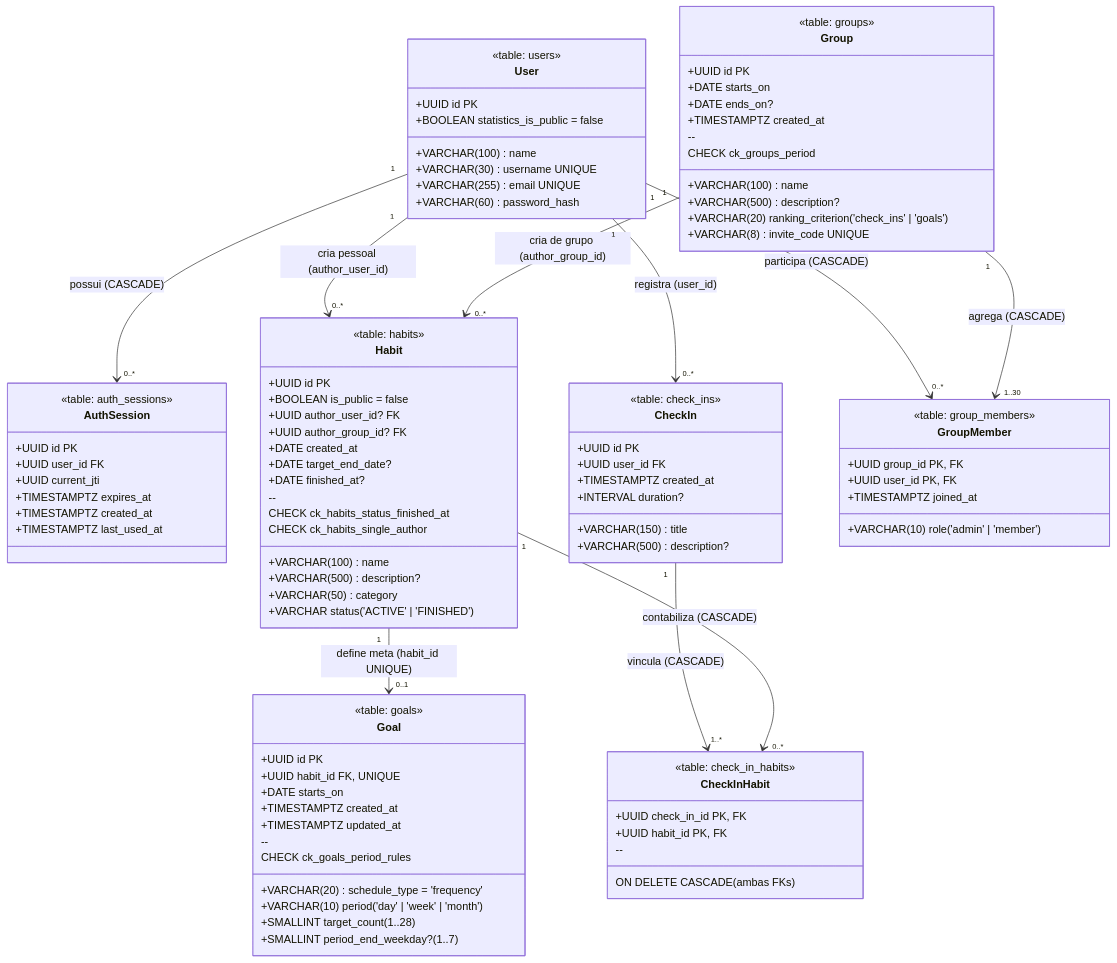
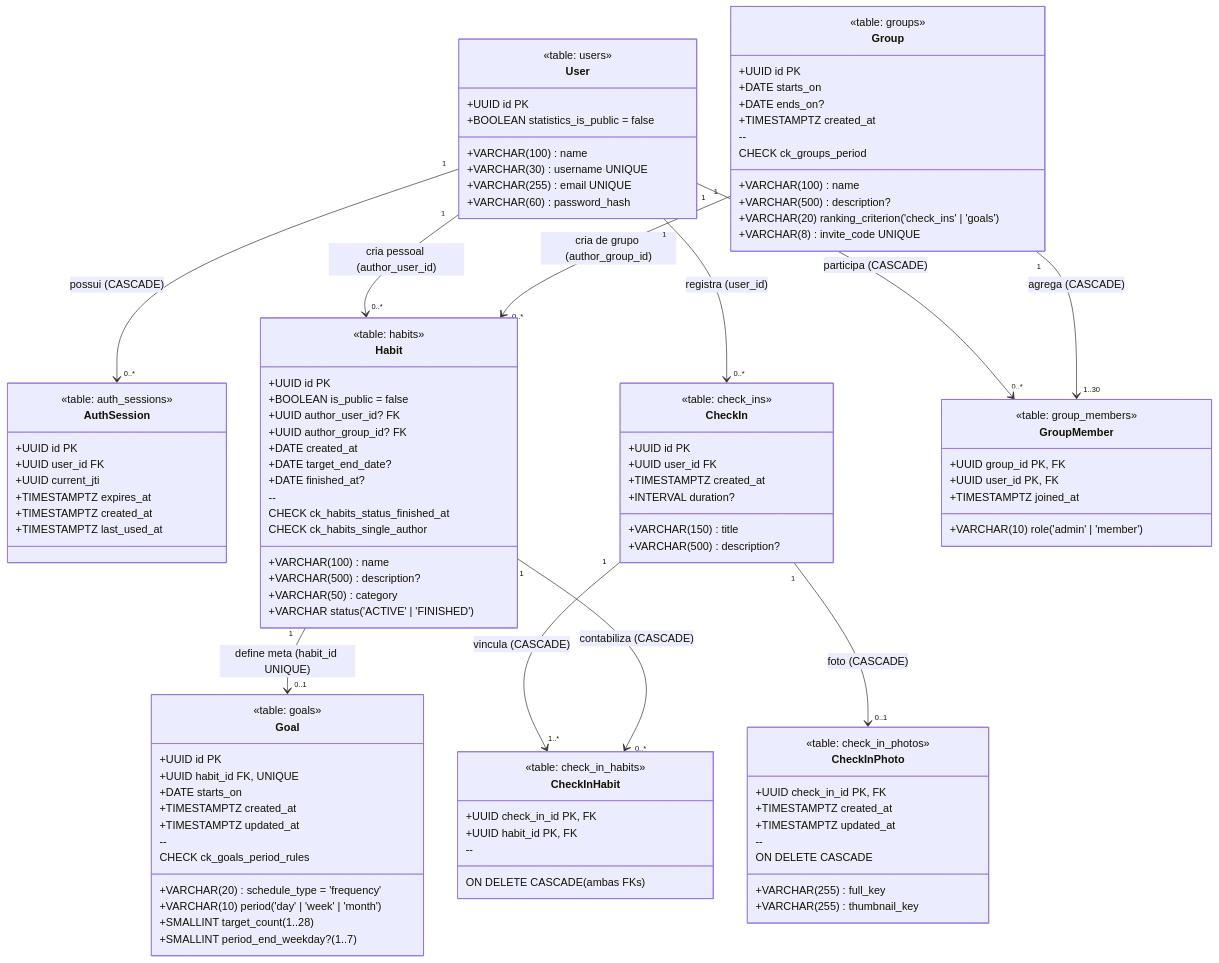
Before and after one commit to FGA0138-MDS-Ajax/2026.2-T02-Shannon: the diagram in docs/arquitetura/modelo-dados.md, drawn with Mermaid. The commit also changed other lines of this file and 7 other files, not shown here.

````diff
--- a/docs/arquitetura/modelo-dados.md
+++ b/docs/arquitetura/modelo-dados.md
@@ -108,6 +108,17 @@
         +TIMESTAMPTZ joined_at
     }
 
+    class CheckInPhoto {
+        <<table: check_in_photos>>
+        +UUID check_in_id PK, FK
+        +VARCHAR(255) full_key
+        +VARCHAR(255) thumbnail_key
+        +TIMESTAMPTZ created_at
+        +TIMESTAMPTZ updated_at
+        --
+        ON DELETE CASCADE
+    }
+
     User "1" --> "0..*" AuthSession : possui (CASCADE)
     User "1" --> "0..*" Habit : cria pessoal (author_user_id)
     Group "1" --> "0..*" Habit : cria de grupo (author_group_id)
@@ -115,6 +126,7 @@
     Habit "1" --> "0..1" Goal : define meta (habit_id UNIQUE)
     CheckIn "1" --> "1..*" CheckInHabit : vincula (CASCADE)
     Habit "1" --> "0..*" CheckInHabit : contabiliza (CASCADE)
+    CheckIn "1" --> "0..1" CheckInPhoto : foto (CASCADE)
     User "1" --> "0..*" GroupMember : participa (CASCADE)
     Group "1" --> "1..30" GroupMember : agrega (CASCADE)
 ```
````
